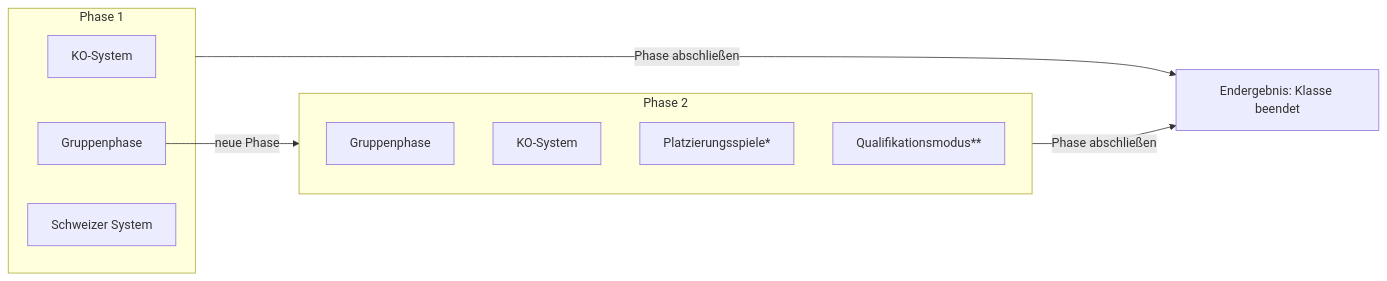
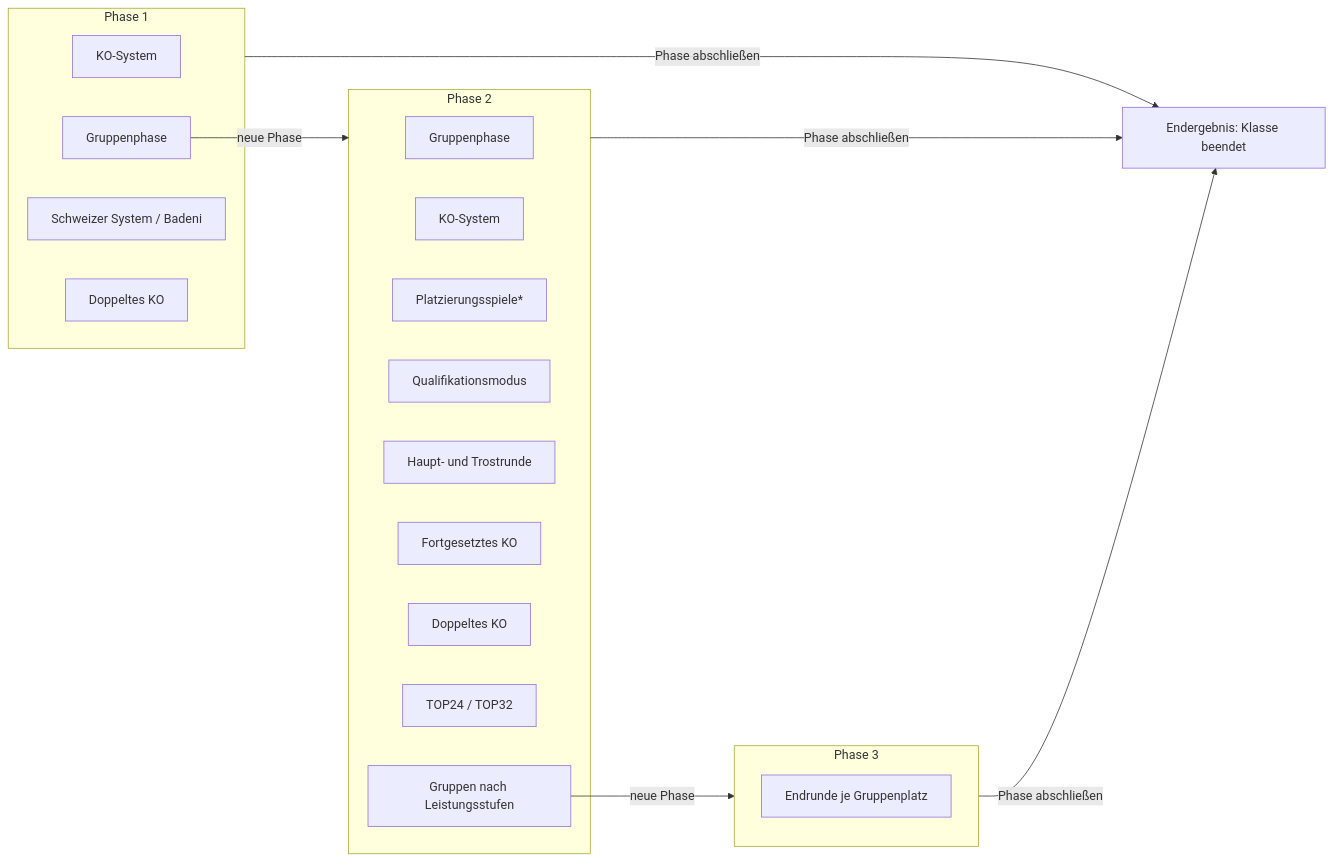
Before and after one commit to Knutilon/Hamburger-Turniersoftware---HTS: the second of 2 diagrams in docs/HTS-Dokumentation.md, drawn with Mermaid. The commit also changed other lines of this file and 25 other files, not shown here.

````diff
--- a/docs/HTS-Dokumentation.md
+++ b/docs/HTS-Dokumentation.md
@@ -511,17 +557,28 @@
 ```mermaid
 flowchart LR
     subgraph P1[Phase 1]
         P1KO[KO-System]
         P1G[Gruppenphase]
-        P1S[Schweizer System]
+        P1S[Schweizer System / Badeni]
+        P1D[Doppeltes KO]
     end
     subgraph P2[Phase 2]
         P2G[Gruppenphase]
         P2KO[KO-System]
         P2P[Platzierungsspiele*]
-        P2Q[Qualifikationsmodus**]
+        P2Q[Qualifikationsmodus]
+        P2HT[Haupt- und Trostrunde]
+        P2F[Fortgesetztes KO]
+        P2D[Doppeltes KO]
+        P2T[TOP24 / TOP32]
+        P2L[Gruppen nach Leistungsstufen]
+    end
+    subgraph P3[Phase 3]
+        P3E[Endrunde je Gruppenplatz]
     end
     P1G -- neue Phase --> P2
+    P2L -- neue Phase --> P3
     P1 -- Phase abschließen --> E[Endergebnis: Klasse beendet]
     P2 -- Phase abschließen --> E
+    P3 -- Phase abschließen --> E
 ```
````
